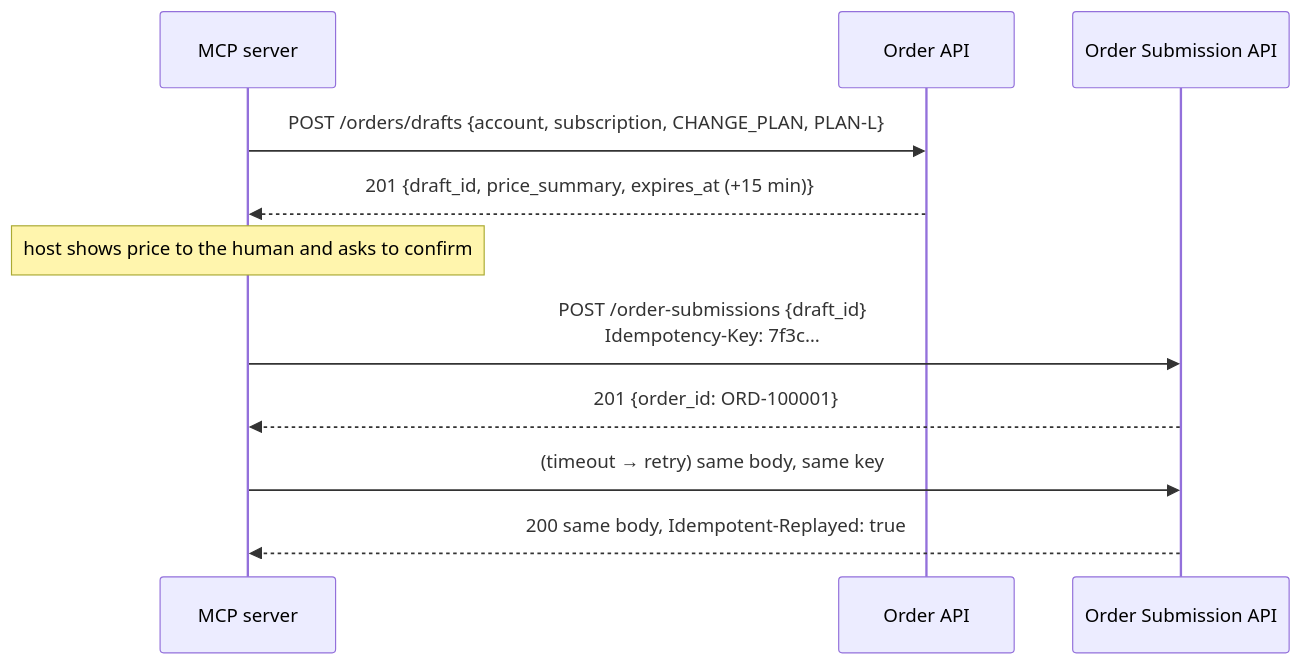
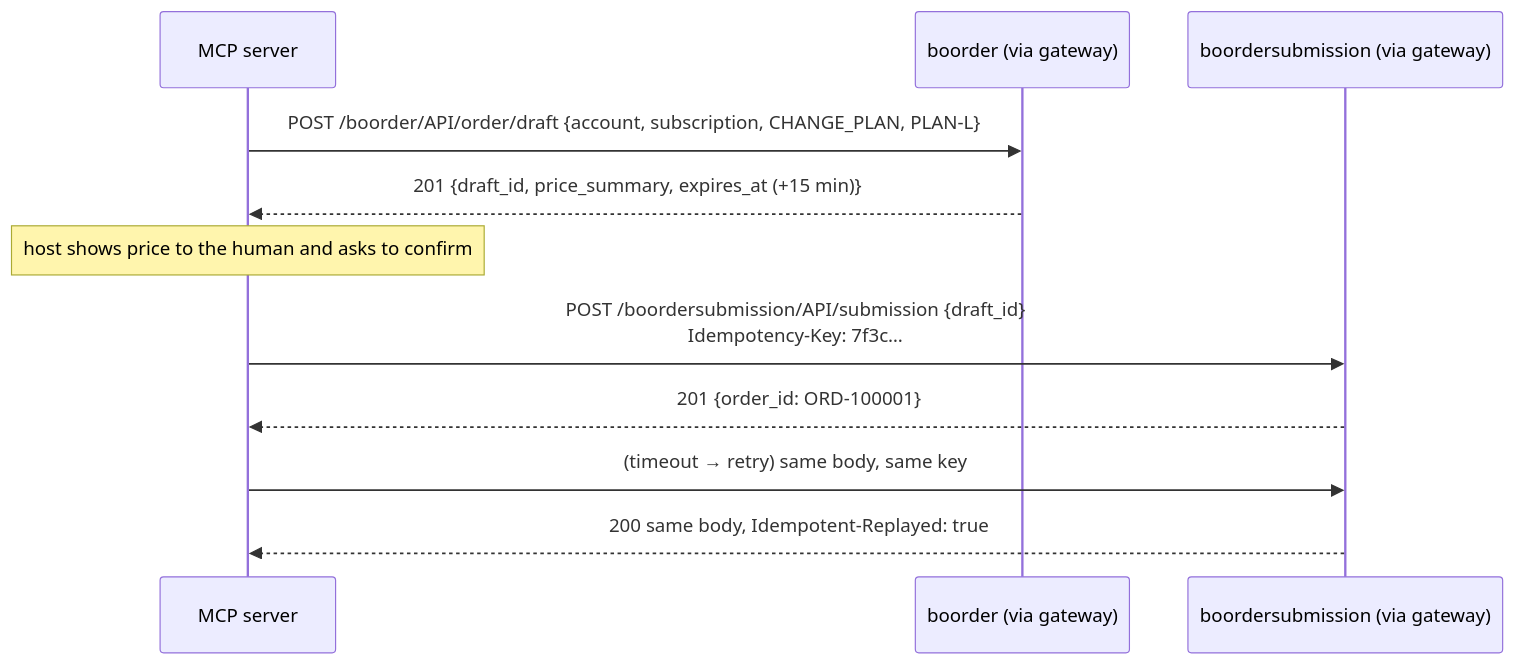
The diagram in docs/02-mock-backend.md (teja1989/Intel-Inteligence-mcp), drawn with Mermaid before and after one commit. The commit also changed other lines of this file and 25 other files, not shown here.

First line of the commit message:
Phase 1 rework: route domain APIs through a mock API gateway

````diff
--- a/docs/02-mock-backend.md
+++ b/docs/02-mock-backend.md
@@ -75,13 +109,13 @@
 ```mermaid
 sequenceDiagram
     participant M as MCP server
-    participant O as Order API
-    participant S as Order Submission API
-    M->>O: POST /orders/drafts {account, subscription, CHANGE_PLAN, PLAN-L}
+    participant O as boorder (via gateway)
+    participant S as boordersubmission (via gateway)
+    M->>O: POST /boorder/API/order/draft {account, subscription, CHANGE_PLAN, PLAN-L}
     O-->>M: 201 {draft_id, price_summary, expires_at (+15 min)}
     Note over M: host shows price to the human and asks to confirm
-    M->>S: POST /order-submissions {draft_id}<br/>Idempotency-Key: 7f3c…
+    M->>S: POST /boordersubmission/API/submission {draft_id}<br/>Idempotency-Key: 7f3c…
     S-->>M: 201 {order_id: ORD-100001}
     M->>S: (timeout → retry) same body, same key
     S-->>M: 200 same body, Idempotent-Replayed: true
 ```
````
